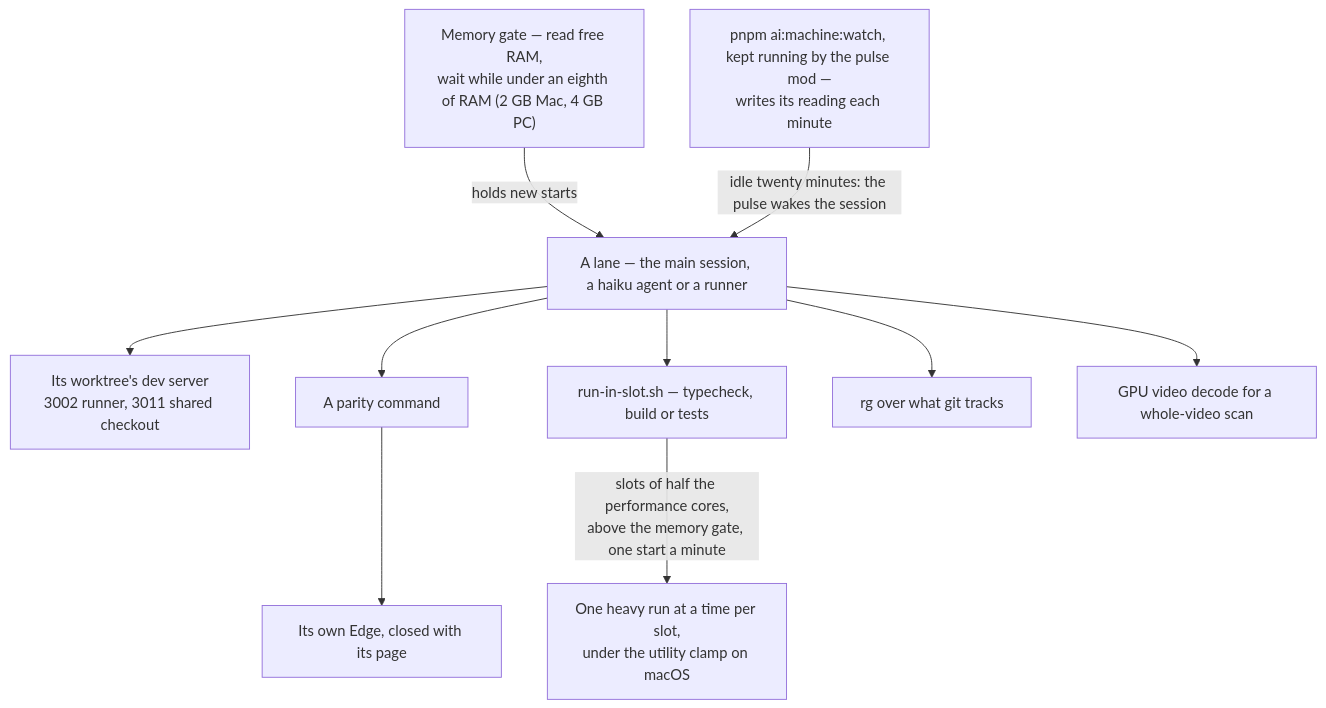
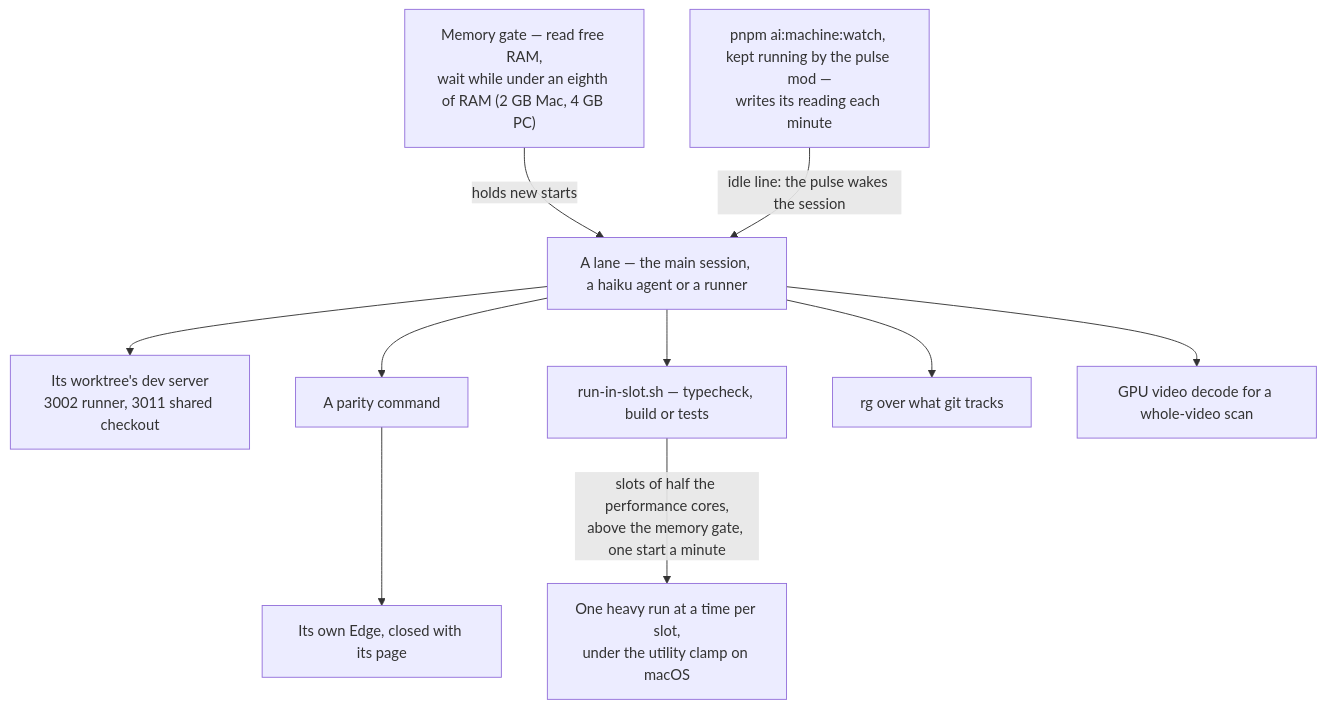
One commit to Esposter/Esposter changed the diagram in apps/web/content/docs/architecture/machine-efficiency.md. Above: the diagram before and after it, drawn with Mermaid. The commit also changed other lines of this file and 7 other files, not shown here.

First line of the commit message:
docs(architecture): the fleet page keeps its design and links the throughput skill for the procedure, no-polling states the shipped queue sync, the wake and the cache warning, and the machine efficiency rows are magnitudes

````diff
--- a/apps/web/content/docs/architecture/machine-efficiency.md
+++ b/apps/web/content/docs/architecture/machine-efficiency.md
@@ -20,12 +20,12 @@
 ```mermaid
 flowchart TD
   G["Memory gate — read free RAM,<br/>wait while under an eighth of RAM (2 GB Mac, 4 GB PC)"] -->|"holds new starts"| L
-  W["pnpm ai:machine:watch, kept running by the pulse mod —<br/>writes its reading each minute"] -->|"idle twenty minutes: the pulse wakes the session"| L
+  W["pnpm ai:machine:watch, kept running by the pulse mod —<br/>writes its reading each minute"] -->|"idle line: the pulse wakes the session"| L
   L["A lane — the main session, a haiku agent or a runner"] --> DS["Its worktree's dev server<br/>3002 runner, 3011 shared checkout"]
   L --> CMD["A parity command"]
   CMD --> EDGE["Its own Edge, closed with its page"]
   L --> SLOT["run-in-slot.sh — typecheck, build or tests"]
   SLOT -->|"slots of half the performance cores,<br/>above the memory gate, one start a minute"| RUN["One heavy run at a time per slot,<br/>under the utility clamp on macOS"]
   L --> SEARCH["rg over what git tracks"]
   L --> VIDEO["GPU video decode for a whole-video scan"]
 ```
````
